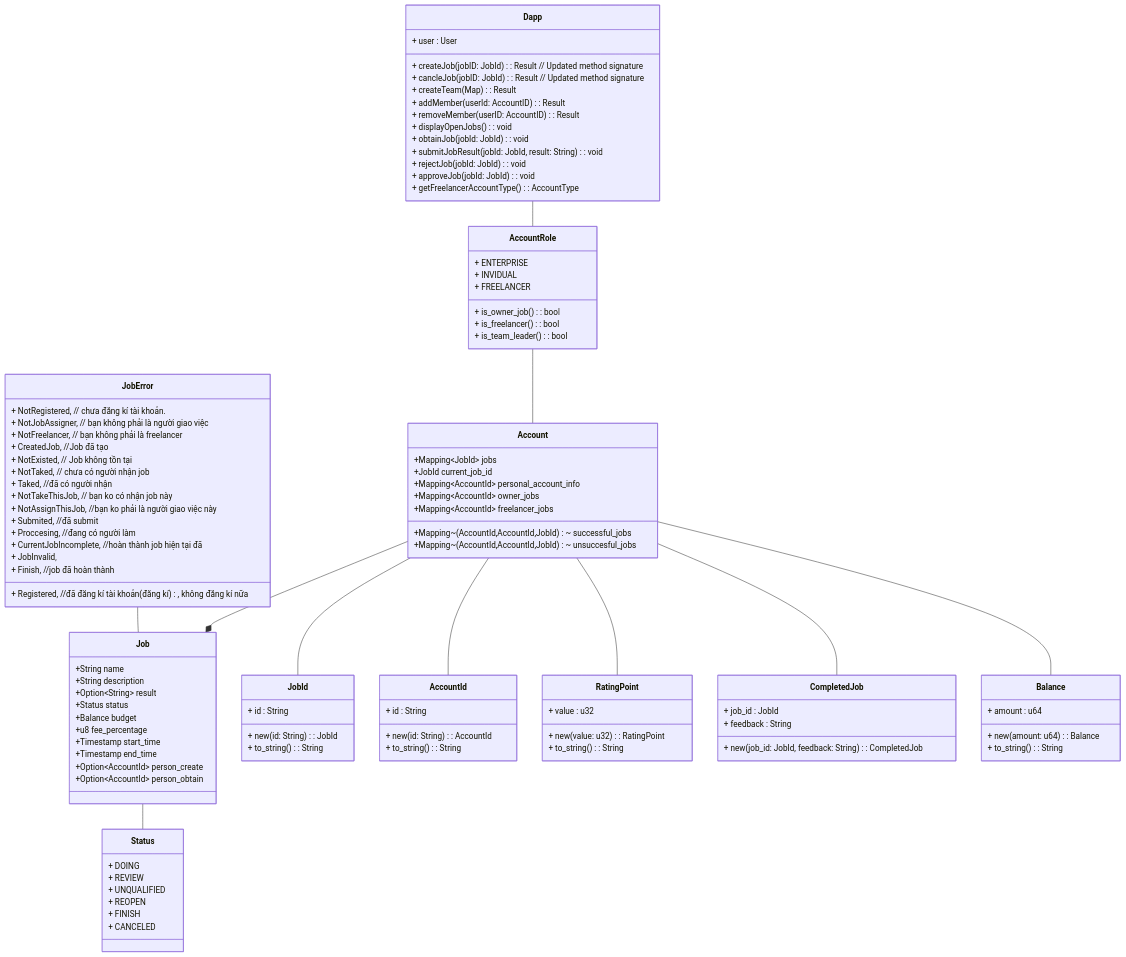
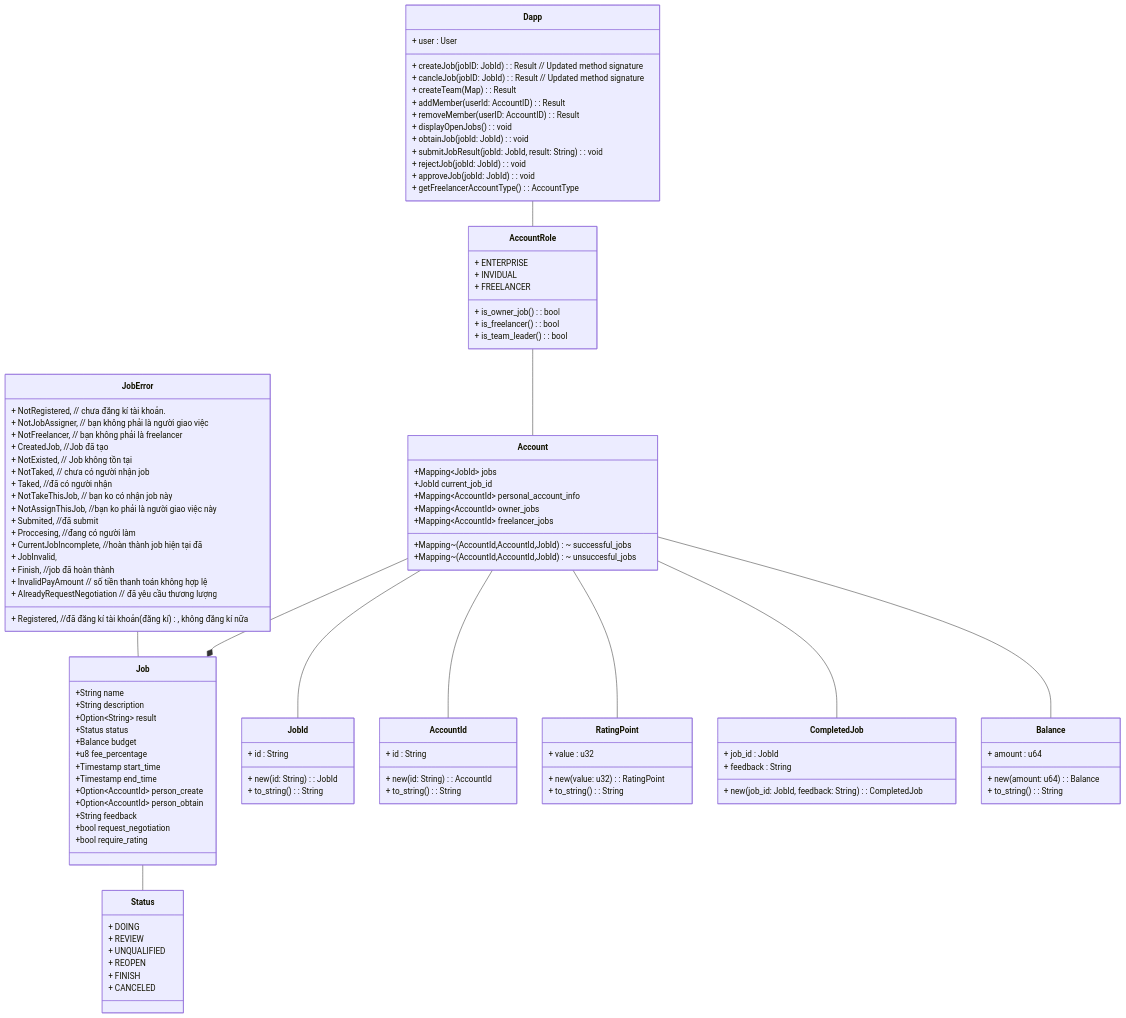
The first of 2 diagrams in README.md (lamha79/freelankakot), drawn with Mermaid before and after one commit. The commit also changed other lines of this file, not shown here.

```diff
--- a/README.md
+++ b/README.md
@@ -32,6 +32,9 @@
   +Timestamp end_time
   +Option~AccountId~ person_create
   +Option~AccountId~ person_obtain
+  +String feedback
+  +bool request_negotiation
+  +bool require_rating
 }
 
   class Status {
@@ -59,6 +62,8 @@
     + CurrentJobIncomplete, //hoàn thành job hiện tại đã
     + JobInvalid,
     + Finish, //job đã hoàn thành    
+    + InvalidPayAmount // số tiền thanh toán không hợp lệ
+    + AlreadyRequestNegotiation // đã yêu cầu thương lượng
   }
 
   class JobId {
```
